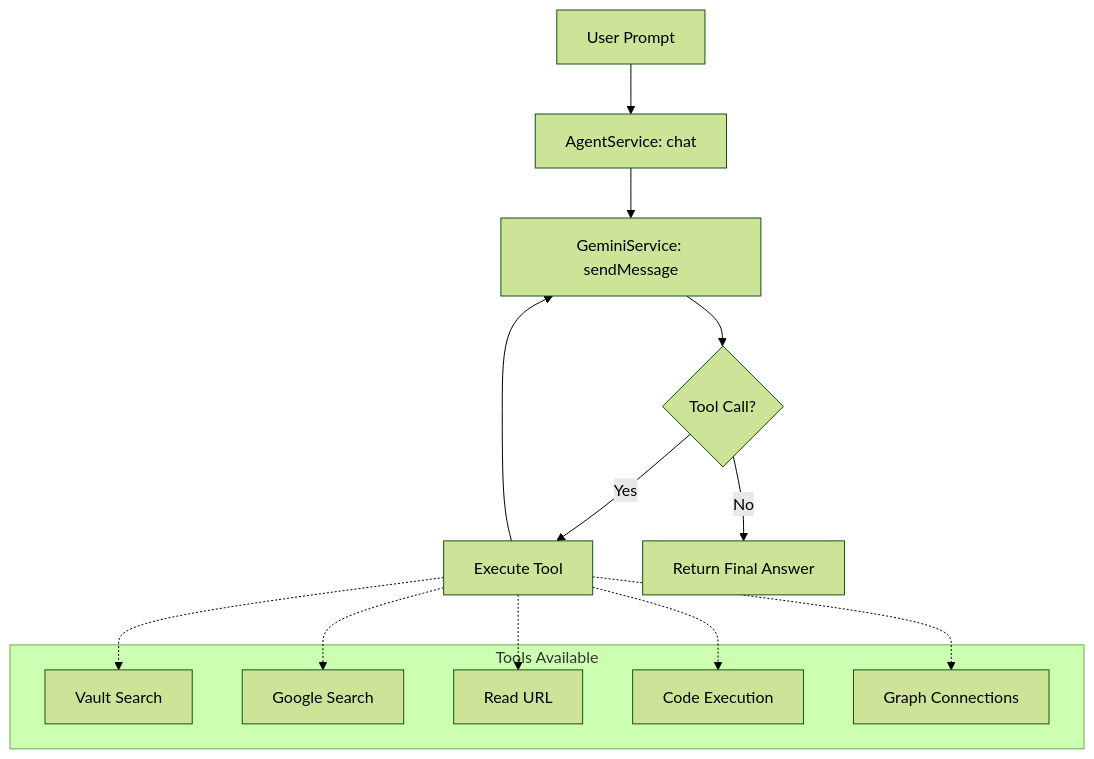
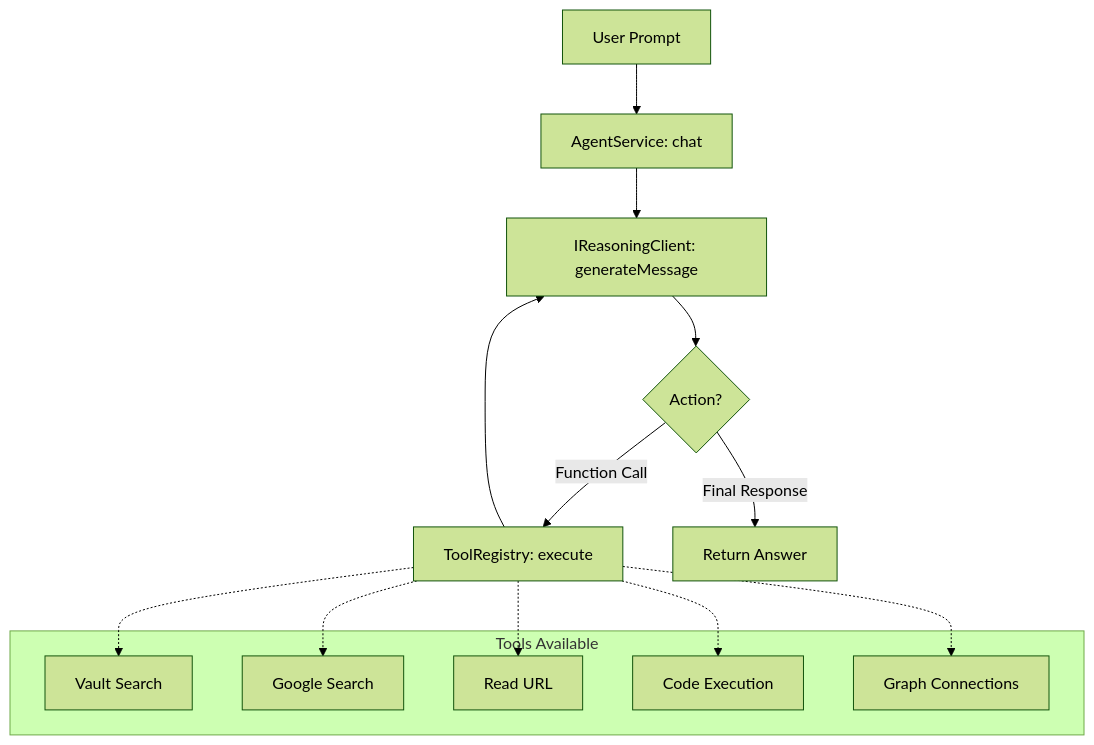
The fourth of 8 diagrams in devs/ARCHITECTURE.md (cybaea/obsidian-vault-intelligence), drawn with Mermaid (forest theme) before and after one commit. The commit also changed other lines of this file and 26 other files, not shown here.

````diff
--- a/devs/ARCHITECTURE.md
+++ b/devs/ARCHITECTURE.md
@@ -214,23 +214,23 @@
 ```mermaid
 
 flowchart TD
   Start[User Prompt] --> Agent[AgentService: chat]
-  Agent --> LLM[GeminiService: sendMessage]
-  LLM --> Check{Tool Call?}
-  Check -- Yes --> Exec[Execute Tool]
+  Agent --> LLM[IReasoningClient: generateMessage]
+  LLM --> Check{Action?}
+  Check -- "Function Call" --> Exec[ToolRegistry: execute]
   Exec --> LLM
-  Check -- No --> Final[Return Final Answer]
+  Check -- "Final Response" --> Final[Return Answer]
 
   subgraph Tools Available
     T1[Vault Search]
     T2[Google Search]
     T3[Read URL]
     T4[Code Execution]
     T5[Graph Connections]
   end
   Exec -.-> T1
   Exec -.-> T2
   Exec -.-> T3
   Exec -.-> T4
   Exec -.-> T5
 ```
````
